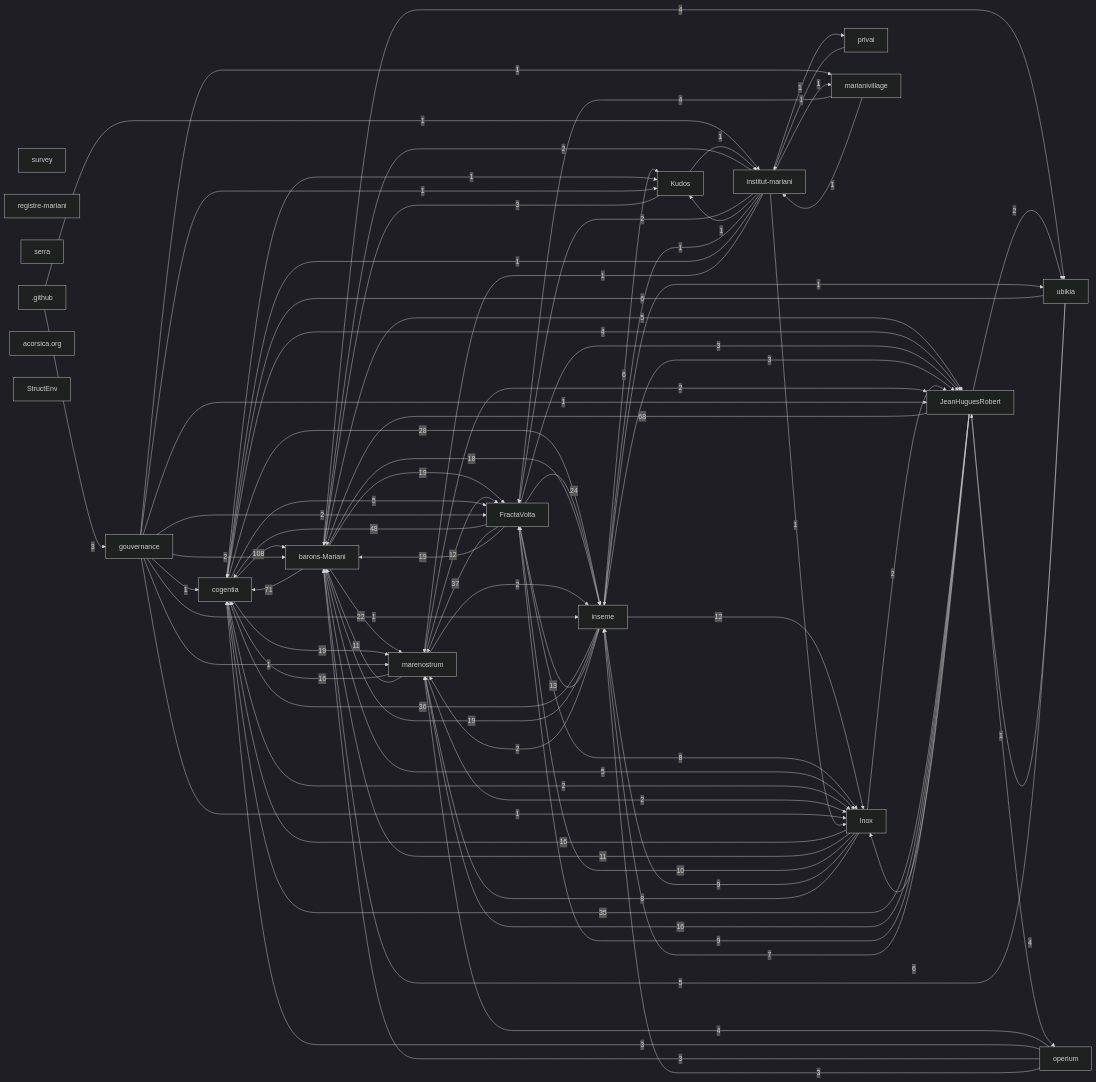
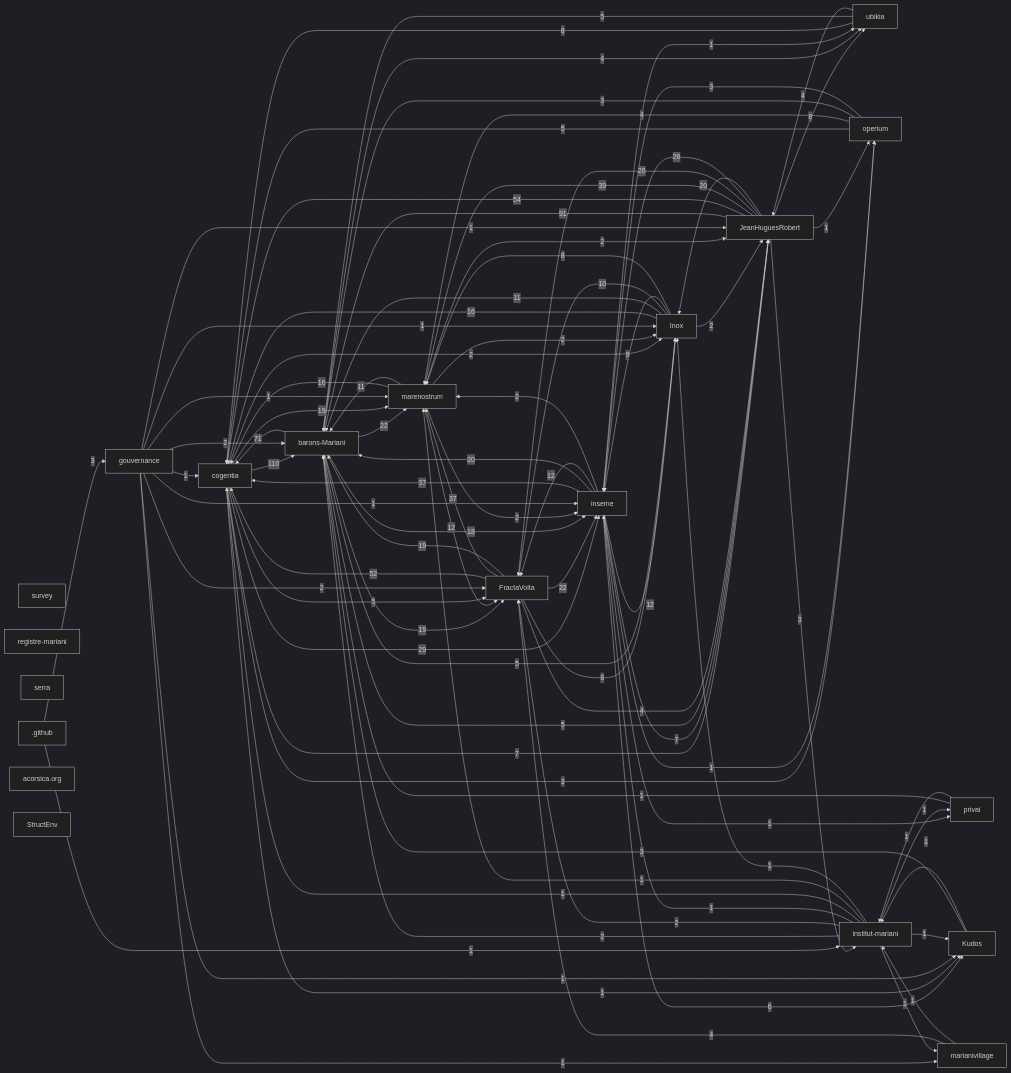
Before and after one commit to virteal/inseme: the first of 2 diagrams in research/corpus-status.md, drawn with Mermaid (dark theme). The commit also changed other lines of this file and 7 other files, not shown here.

````diff
--- a/research/corpus-status.md
+++ b/research/corpus-status.md
@@ -72,52 +72,55 @@
   r_github[".github"]
   r_acorsica_org["acorsica.org"]
   r_structenv["StructEnv"]
-  r_cogentia -->|108| r_barons_mariani
+  r_cogentia -->|110| r_barons_mariani
+  r_jeanhuguesrobert -->|91| r_barons_mariani
   r_barons_mariani -->|71| r_cogentia
-  r_jeanhuguesrobert -->|68| r_barons_mariani
-  r_fractavolta -->|48| r_cogentia
+  r_jeanhuguesrobert -->|54| r_cogentia
+  r_fractavolta -->|52| r_cogentia
+  r_jeanhuguesrobert -->|39| r_marenostrum
   r_fractavolta -->|37| r_marenostrum
-  r_inseme -->|36| r_cogentia
-  r_jeanhuguesrobert -->|35| r_cogentia
-  r_cogentia -->|28| r_inseme
-  r_fractavolta -->|24| r_inseme
+  r_inseme -->|37| r_cogentia
+  r_cogentia -->|29| r_inseme
+  r_jeanhuguesrobert -->|26| r_fractavolta
+  r_jeanhuguesrobert -->|26| r_inseme
   r_barons_mariani -->|22| r_marenostrum
+  r_fractavolta -->|22| r_inseme
+  r_inseme -->|20| r_barons_mariani
+  r_jeanhuguesrobert -->|20| r_inox
   r_barons_mariani -->|19| r_fractavolta
   r_cogentia -->|19| r_marenostrum
   r_fractavolta -->|19| r_barons_mariani
-  r_inseme -->|19| r_barons_mariani
   r_barons_mariani -->|18| r_inseme
   r_inox -->|16| r_cogentia
-  r_jeanhuguesrobert -->|16| r_marenostrum
   r_marenostrum -->|16| r_cogentia
-  r_inseme -->|13| r_fractavolta
+  r_inseme -->|12| r_fractavolta
   r_inseme -->|12| r_inox
   r_marenostrum -->|12| r_fractavolta
   r_inox -->|11| r_barons_mariani
   r_marenostrum -->|11| r_barons_mariani
   r_inox -->|10| r_fractavolta
   r_inox -->|9| r_inseme
-  r_jeanhuguesrobert -->|9| r_fractavolta
   r_fractavolta -->|8| r_inox
   r_inox -->|8| r_marenostrum
-  r_jeanhuguesrobert -->|7| r_inseme
+  r_jeanhuguesrobert -->|8| r_ubikia
+  r_ubikia -->|8| r_cogentia
+  r_cogentia -->|7| r_jeanhuguesrobert
+  r_inseme -->|7| r_jeanhuguesrobert
   r_inseme -->|6| r_kudos
-  r_jeanhuguesrobert -->|6| r_inox
-  r_ubikia -->|6| r_cogentia
   r_barons_mariani -->|5| r_inox
   r_barons_mariani -->|5| r_jeanhuguesrobert
   r_cogentia -->|5| r_fractavolta
+  r_operium -->|5| r_cogentia
   r_ubikia -->|5| r_barons_mariani
   r_barons_mariani -->|4| r_ubikia
-  r_cogentia -->|4| r_jeanhuguesrobert
+  r_fractavolta -->|4| r_jeanhuguesrobert
   r_marianivillage -->|4| r_fractavolta
   r_operium -->|4| r_marenostrum
   r_ubikia -->|4| r_jeanhuguesrobert
   r_github -->|3| r_gouvernance
-  r_fractavolta -->|3| r_jeanhuguesrobert
-  r_inseme -->|3| r_jeanhuguesrobert
+  r_cogentia -->|3| r_operium
+  r_jeanhuguesrobert -->|3| r_institut_mariani
   r_kudos -->|3| r_barons_mariani
-  r_operium -->|3| r_cogentia
   r_operium -->|3| r_barons_mariani
   r_operium -->|3| r_inseme
   r_cogentia -->|2| r_inox
@@ -127,7 +130,6 @@
   r_inseme -->|2| r_marenostrum
   r_institut_mariani -->|2| r_barons_mariani
   r_institut_mariani -->|2| r_fractavolta
-  r_jeanhuguesrobert -->|2| r_ubikia
   r_marenostrum -->|2| r_jeanhuguesrobert
   r_marenostrum -->|2| r_inseme
   r_marenostrum -->|2| r_inox
@@ -140,6 +142,8 @@
   r_gouvernance -->|1| r_inox
   r_gouvernance -->|1| r_kudos
   r_gouvernance -->|1| r_marianivillage
+  r_inseme -->|1| r_operium
+  r_inseme -->|1| r_privai
   r_inseme -->|1| r_ubikia
   r_institut_mariani -->|1| r_privai
   r_institut_mariani -->|1| r_kudos
@@ -151,5 +155,6 @@
   r_jeanhuguesrobert -->|1| r_operium
   r_kudos -->|1| r_institut_mariani
   r_marianivillage -->|1| r_institut_mariani
+  r_privai -->|1| r_barons_mariani
   r_privai -->|1| r_institut_mariani
 ```
````
